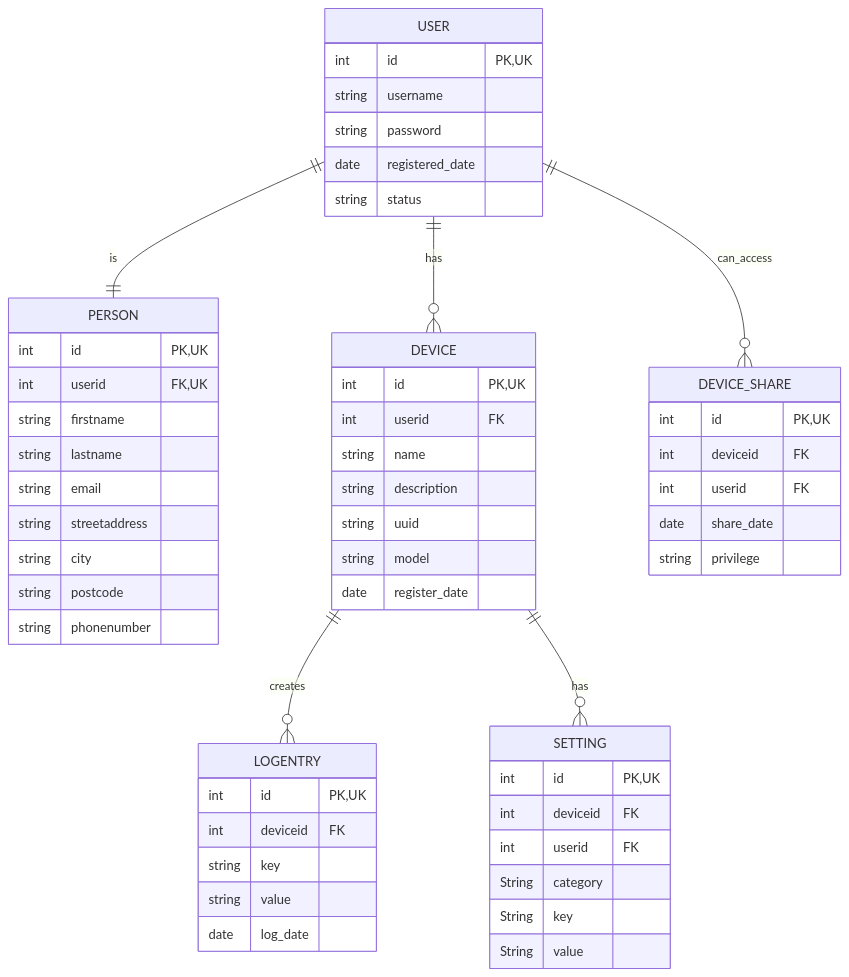
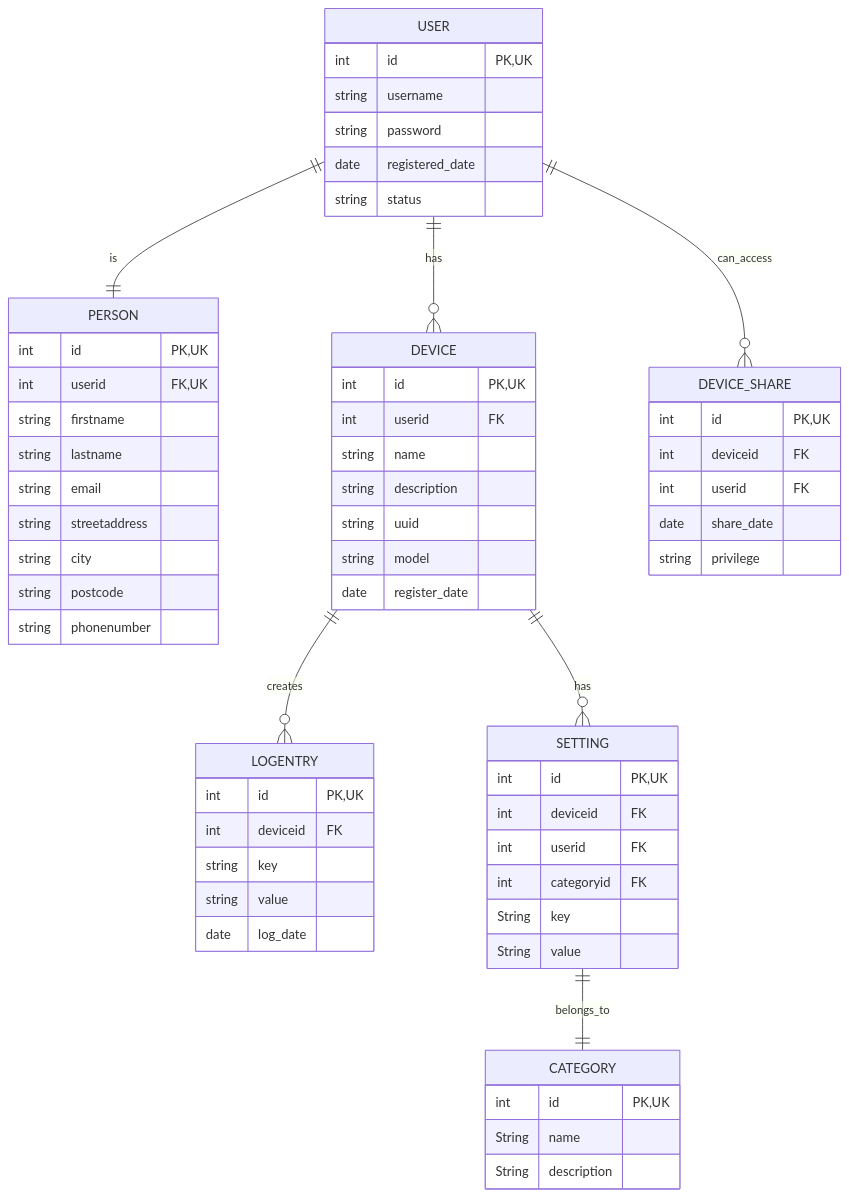
The diagram in db.md (0x6A4B/OTP1), drawn with Mermaid before and after one commit. The commit also changed 4 other files, not shown here.

Commit message:
Added category table association for  device setting

````diff
--- a/db.md
+++ b/db.md
@@ -1,64 +1,71 @@
 ```mermaid
 
 erDiagram
     USER 1--1 PERSON : is
     USER 1--0+ DEVICE : has
     DEVICE 1--0+ LOGENTRY : creates
     USER 1--0+ DEVICE_SHARE : can_access
     DEVICE 1--0+ SETTING : has
+    SETTING 1--1 CATEGORY : belongs_to
 
     USER {
         int id PK,UK
         string username
         string password
         date registered_date
         string status
     }
 
     PERSON {
         int id PK,UK
         int userid FK,UK
         string firstname
         string lastname
         string email
         string streetaddress
         string city
         string postcode
         string phonenumber
     }
 
     DEVICE {
         int id PK,UK
         int userid FK 
         string name
         string description
         string uuid
         string model
         date register_date
     }
 
     LOGENTRY {
         int id PK,UK
         int deviceid FK
         string key
         string value
         date log_date
     }
 
     DEVICE_SHARE {
         int id PK,UK
         int deviceid FK
         int userid FK
         date share_date
         string privilege
     }
 
     SETTING {
         int id PK,UK
         int deviceid FK
         int userid FK
-        String category
+        int categoryid FK
         String key
         String value
     }
+
+    CATEGORY {
+        int id PK,UK
+        String name
+        String description
+    }
 ```
````
